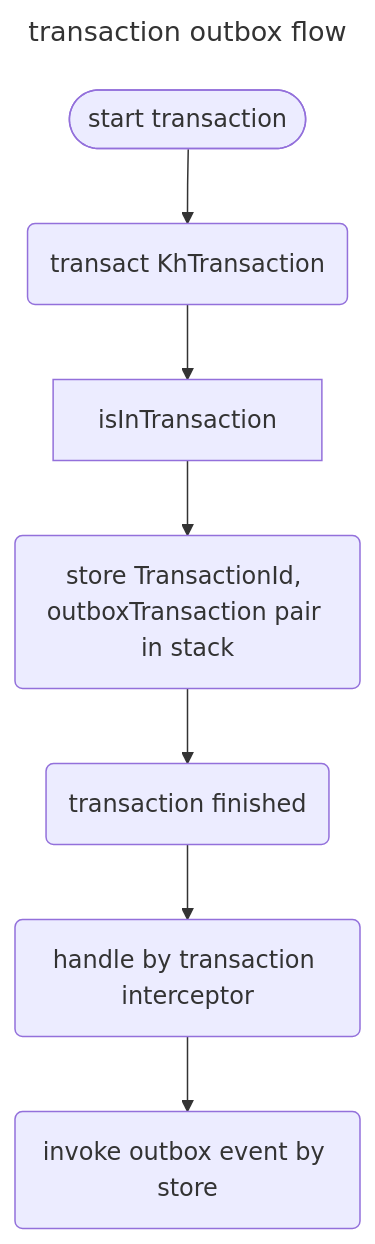
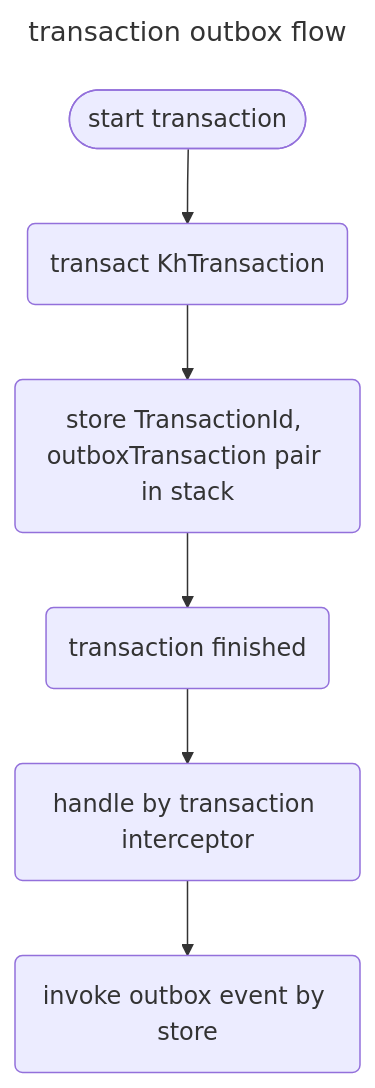
The third of 3 diagrams in README.md (keyhub-projects/distributed-transaction-kit), drawn with Mermaid before and after one commit. The commit also changed other lines of this file, not shown here.

Commit message:
flow 차트 수정

````diff
--- a/README.md
+++ b/README.md
@@ -114,13 +114,13 @@
 ```mermaid
 ---
 title: transaction outbox flow
 ---
 flowchart
     start([start transaction])
     transaction(transact KhTransaction)
     storeTransactionId(store TransactionId, outboxTransaction pair in stack)
     finishTransaction(transaction finished)
     handleByInterceptor(handle by transaction interceptor)
     invokeOutboxEventByStore(invoke outbox event by store)
-    start --> transaction --> isInTransaction --> storeTransactionId --> finishTransaction --> handleByInterceptor --> invokeOutboxEventByStore
+    start --> transaction --> storeTransactionId --> finishTransaction --> handleByInterceptor --> invokeOutboxEventByStore
 ```
````
